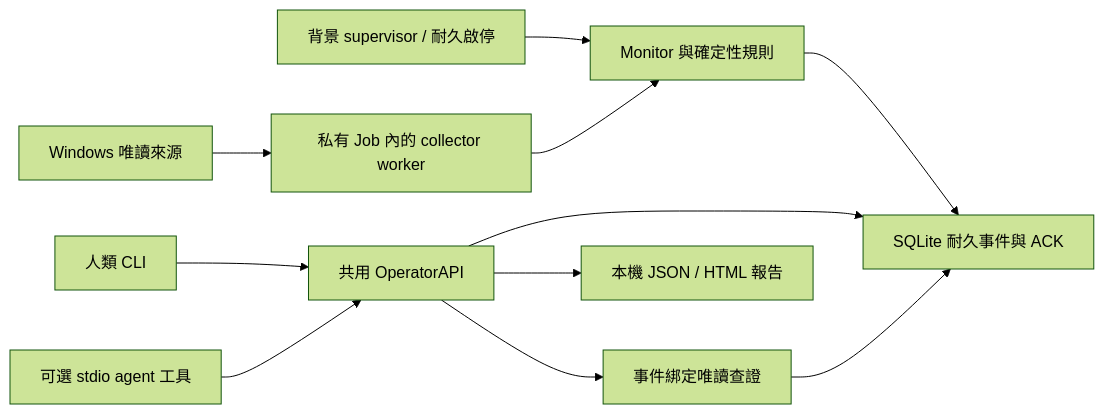
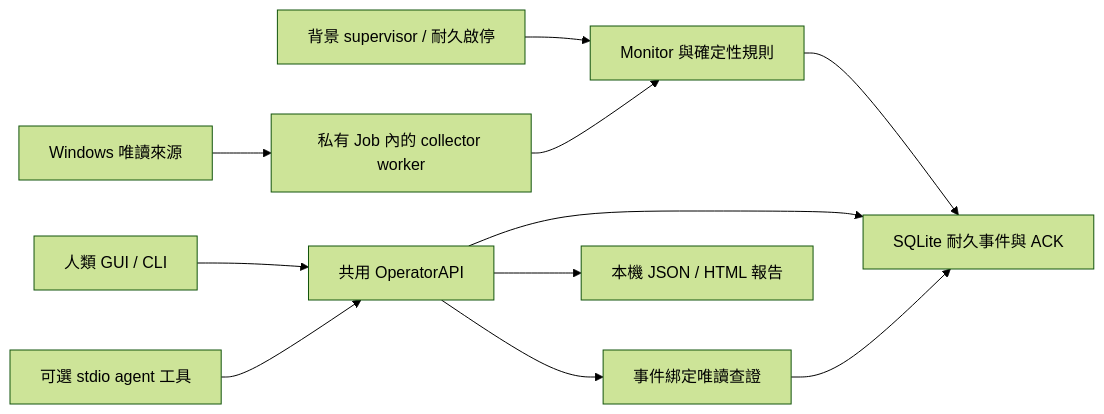
Before and after one commit to SecludedCorner/EventGuard: the diagram in README.md, drawn with Mermaid (forest theme). The commit also changed other lines of this file and 21 other files, not shown here.

````diff
--- a/README.md
+++ b/README.md
@@ -9,13 +13,13 @@
 ```mermaid
 flowchart LR
     B[背景 supervisor / 耐久啟停] --> M
     W[Windows 唯讀來源] --> J[私有 Job 內的 collector worker]
     J --> M[Monitor 與確定性規則]
     M --> S[SQLite 耐久事件與 ACK]
-    H[人類 CLI] --> O[共用 OperatorAPI]
+    H[人類 GUI / CLI] --> O[共用 OperatorAPI]
     A[可選 stdio agent 工具] --> O
     O --> S
     O --> Q[事件綁定唯讀查證]
     Q --> S
     O --> R[本機 JSON / HTML 報告]
 ```
````
